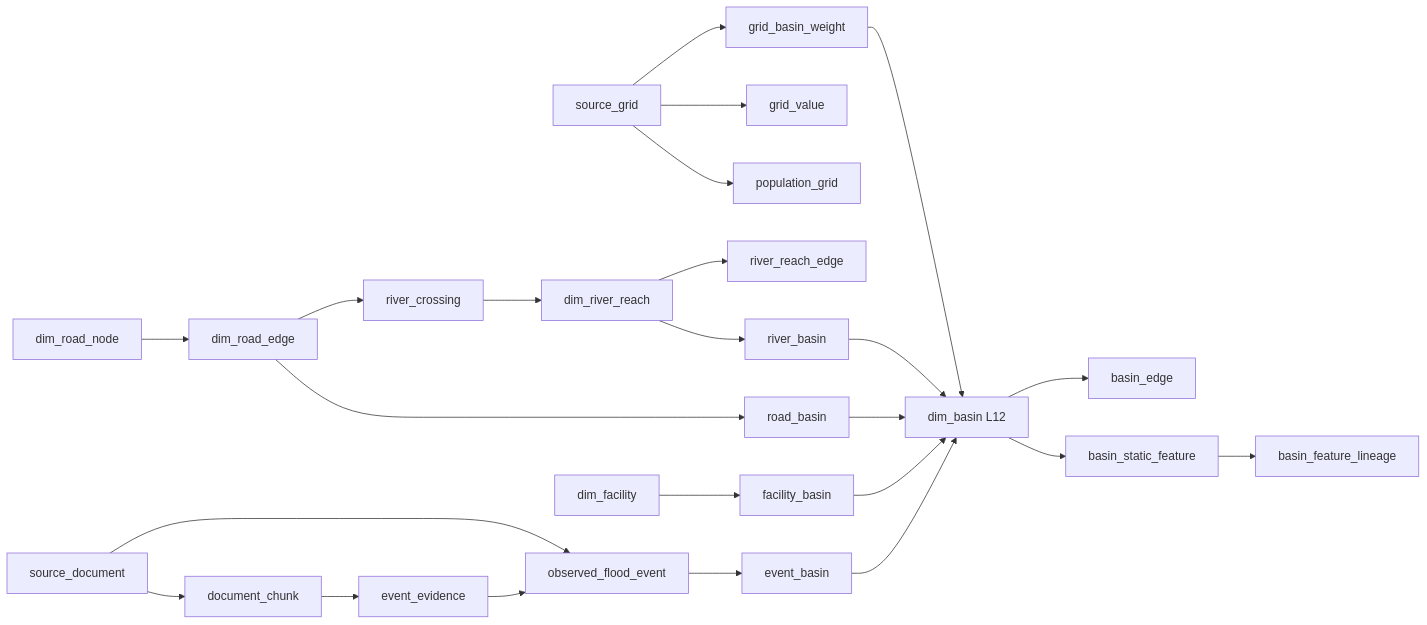
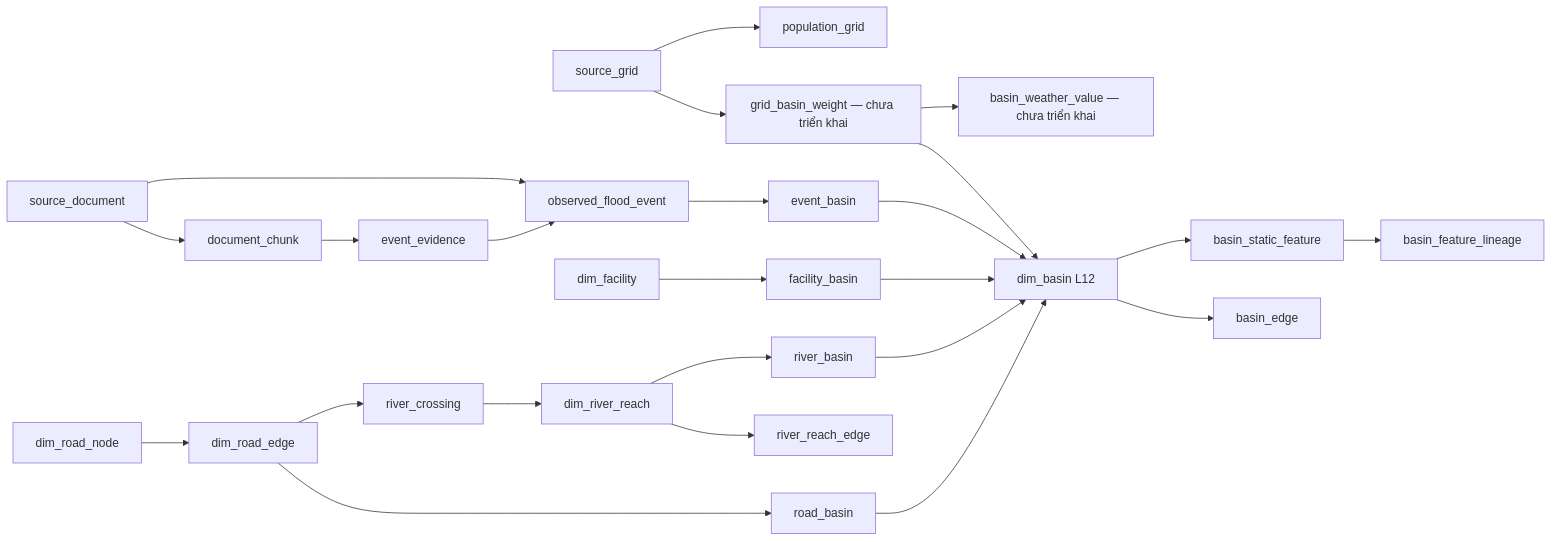
The third of 5 diagrams in docs/schema_contract/data.md (cloud-vmih/flood-lake-kg), drawn with Mermaid before and after one commit. The commit also changed other lines of this file and 6 other files, not shown here.

````diff
--- a/docs/schema_contract/data.md
+++ b/docs/schema_contract/data.md
@@ -421,16 +450,16 @@
 ```mermaid
 flowchart LR
   B["dim_basin L12"] --> BE["basin_edge"]
   B --> SF["basin_static_feature"] --> FL["basin_feature_lineage"]
-  G["source_grid"] --> GB["grid_basin_weight"] --> B
-  G --> GV["grid_value"]
+  G["source_grid"] --> GB["grid_basin_weight — chưa triển khai"] --> B
+  GB --> GV["basin_weather_value — chưa triển khai"]
   G --> PG["population_grid"]
   R["dim_river_reach"] --> RE["river_reach_edge"]
   R --> RB["river_basin"] --> B
   RN["dim_road_node"] --> RD["dim_road_edge"] --> RDB["road_basin"] --> B
   RD --> X["river_crossing"] --> R
   F["dim_facility"] --> FB["facility_basin"] --> B
   D["source_document"] --> C["document_chunk"]
   D --> E["observed_flood_event"] --> EB["event_basin"] --> B
   C --> EE["event_evidence"] --> E
 ```
````
